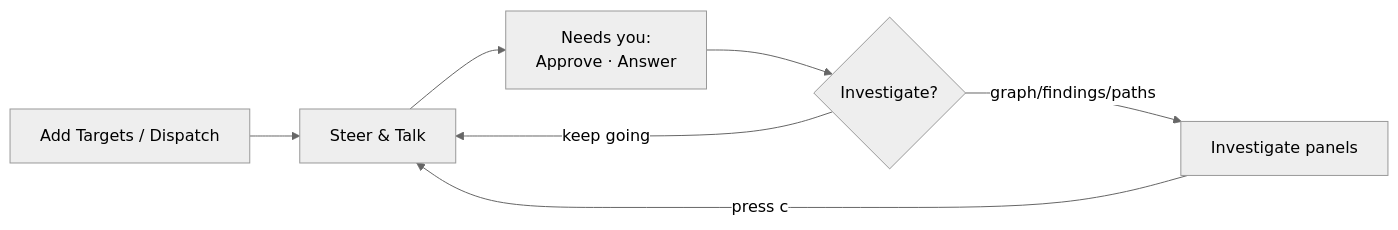
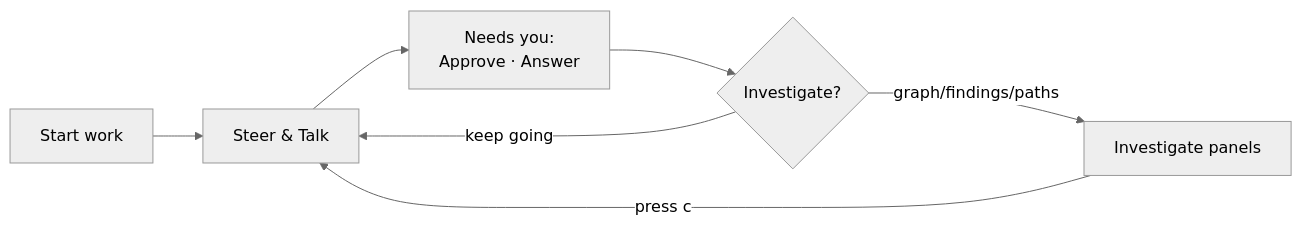
Before and after one commit to professor-moody/overwatch: the diagram in docs/playbook/cockpit-walkthrough.md, drawn with Mermaid (neutral theme). The commit also changed other lines of this file and 3 other files, not shown here.

````diff
--- a/docs/playbook/cockpit-walkthrough.md
+++ b/docs/playbook/cockpit-walkthrough.md
@@ -10,9 +10,9 @@
 ```mermaid
 flowchart LR
-    A[Add Targets / Dispatch] --> B[Steer & Talk]
+    A[Start work] --> B[Steer & Talk]
     B --> C[Needs you:<br/>Approve · Answer]
     C --> D{Investigate?}
     D -- graph/findings/paths --> E[Investigate panels]
     E -- press c --> B
     D -- keep going --> B
 ```
````
